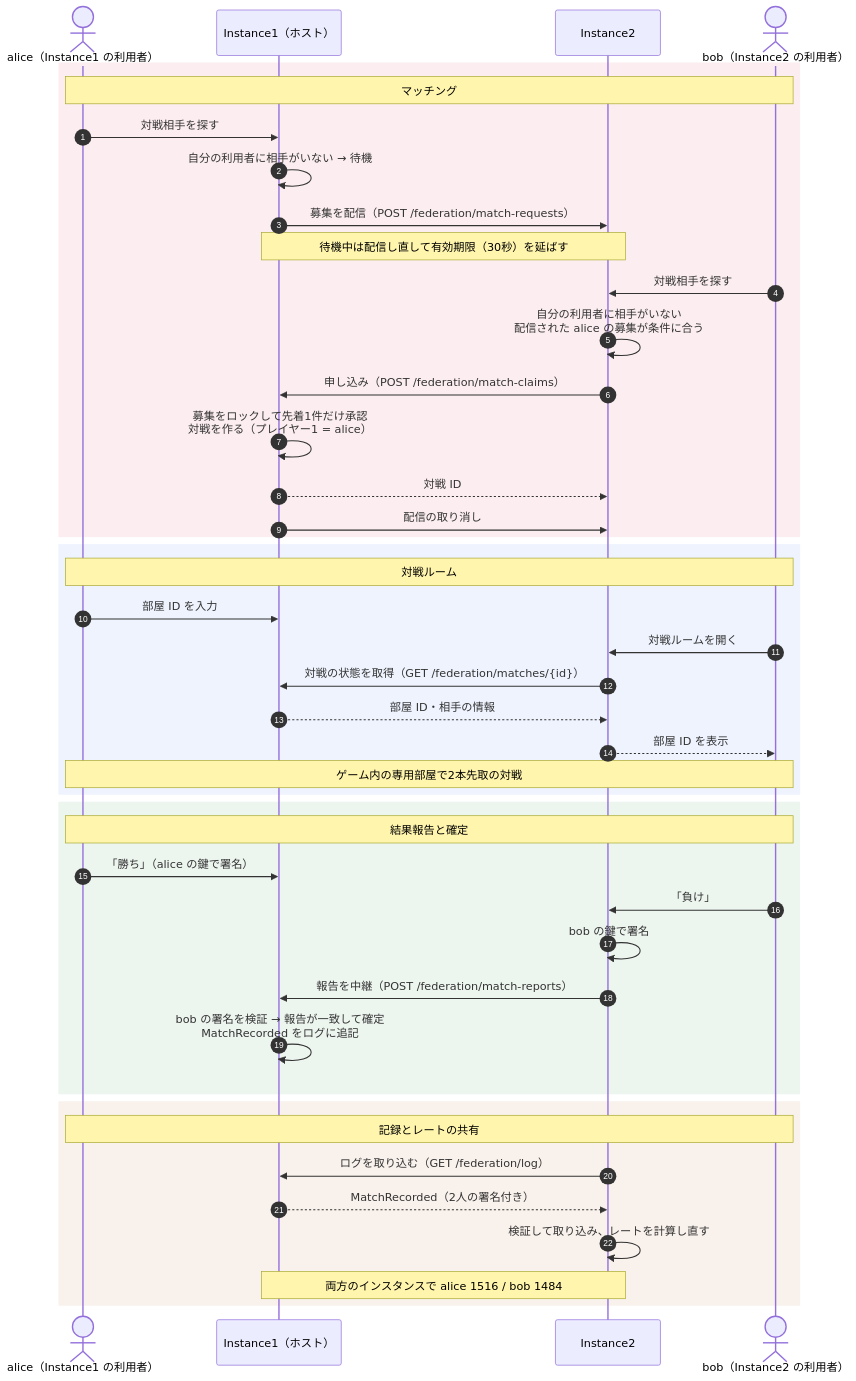
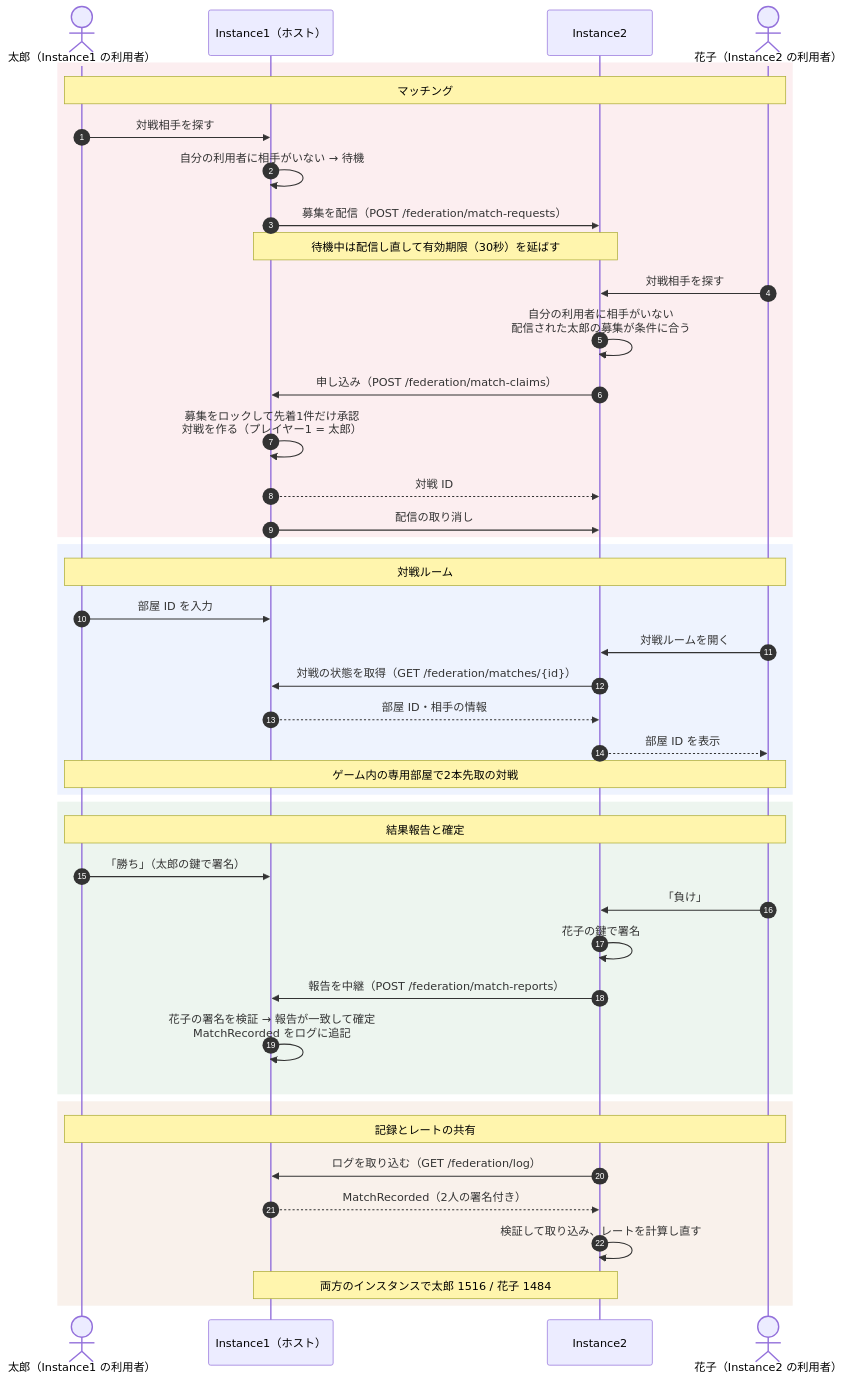
Before and after one commit to tacky0612/smash-hub: the seventh of 8 diagrams in docs/architecture/federation-walkthrough.md, drawn with Mermaid. The commit also changed other lines of this file and 81 other files, not shown here.

````diff
--- a/docs/architecture/federation-walkthrough.md
+++ b/docs/architecture/federation-walkthrough.md
@@ -192,49 +192,49 @@
 ```mermaid
 sequenceDiagram
   autonumber
-  actor A as alice（Instance1 の利用者）
+  actor A as 太郎（Instance1 の利用者）
   participant I1 as Instance1（ホスト）
   participant I2 as Instance2
-  actor B as bob（Instance2 の利用者）
+  actor B as 花子（Instance2 の利用者）
 
   rect rgba(215, 38, 61, 0.08)
   Note over A,B: マッチング
   A->>I1: 対戦相手を探す
   I1->>I1: 自分の利用者に相手がいない → 待機
   I1->>I2: 募集を配信（POST /federation/match-requests）
   Note over I1,I2: 待機中は配信し直して有効期限（30秒）を延ばす
   B->>I2: 対戦相手を探す
-  I2->>I2: 自分の利用者に相手がいない<br/>配信された alice の募集が条件に合う
+  I2->>I2: 自分の利用者に相手がいない<br/>配信された太郎の募集が条件に合う
   I2->>I1: 申し込み（POST /federation/match-claims）
-  I1->>I1: 募集をロックして先着1件だけ承認<br/>対戦を作る（プレイヤー1 = alice）
+  I1->>I1: 募集をロックして先着1件だけ承認<br/>対戦を作る（プレイヤー1 = 太郎）
   I1-->>I2: 対戦 ID
   I1->>I2: 配信の取り消し
   end
 
   rect rgba(37, 99, 235, 0.08)
   Note over A,B: 対戦ルーム
   A->>I1: 部屋 ID を入力
   B->>I2: 対戦ルームを開く
   I2->>I1: 対戦の状態を取得（GET /federation/matches/{id}）
   I1-->>I2: 部屋 ID・相手の情報
   I2-->>B: 部屋 ID を表示
   Note over A,B: ゲーム内の専用部屋で2本先取の対戦
   end
 
   rect rgba(31, 122, 58, 0.08)
   Note over A,B: 結果報告と確定
-  A->>I1: 「勝ち」（alice の鍵で署名）
+  A->>I1: 「勝ち」（太郎の鍵で署名）
   B->>I2: 「負け」
-  I2->>I2: bob の鍵で署名
+  I2->>I2: 花子の鍵で署名
   I2->>I1: 報告を中継（POST /federation/match-reports）
-  I1->>I1: bob の署名を検証 → 報告が一致して確定<br/>MatchRecorded をログに追記
+  I1->>I1: 花子の署名を検証 → 報告が一致して確定<br/>MatchRecorded をログに追記
   end
 
   rect rgba(180, 83, 9, 0.08)
   Note over A,B: 記録とレートの共有
   I2->>I1: ログを取り込む（GET /federation/log）
   I1-->>I2: MatchRecorded（2人の署名付き）
   I2->>I2: 検証して取り込み、レートを計算し直す
-  Note over I1,I2: 両方のインスタンスで alice 1516 / bob 1484
+  Note over I1,I2: 両方のインスタンスで太郎 1516 / 花子 1484
   end
 ```
````
